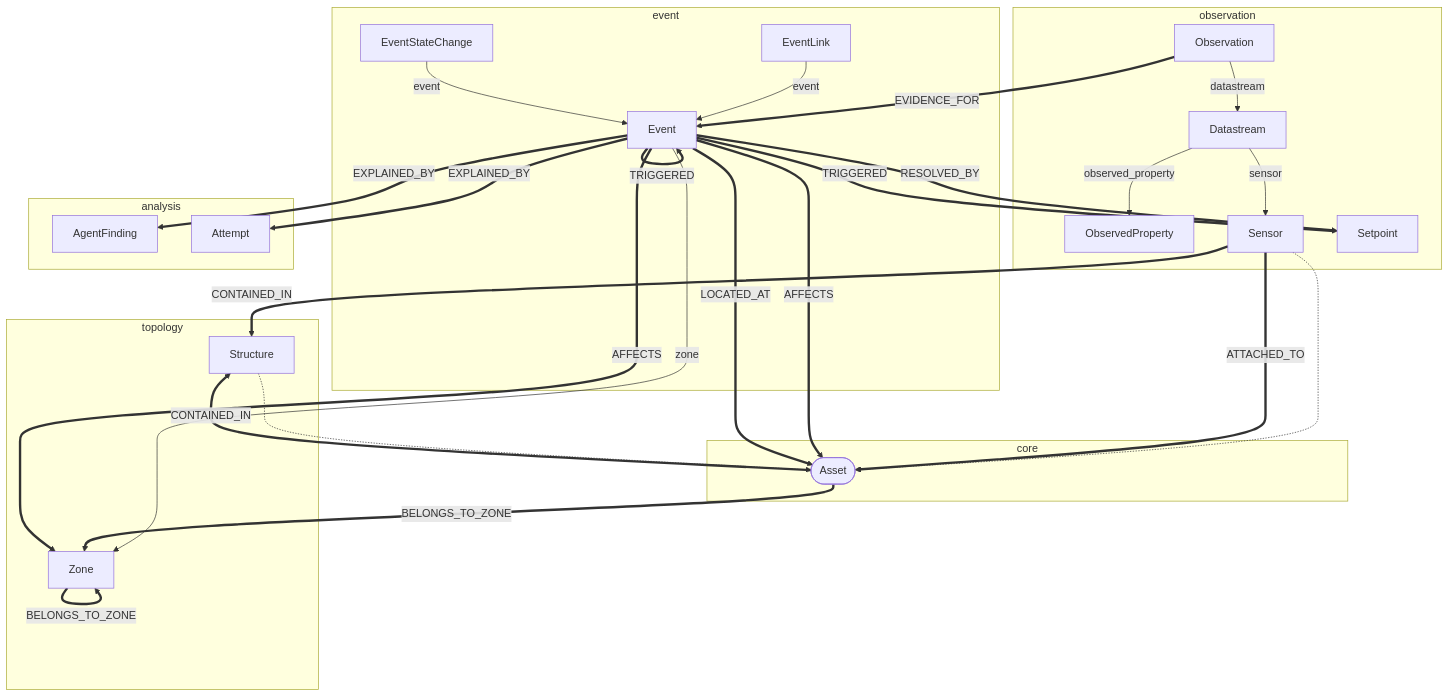
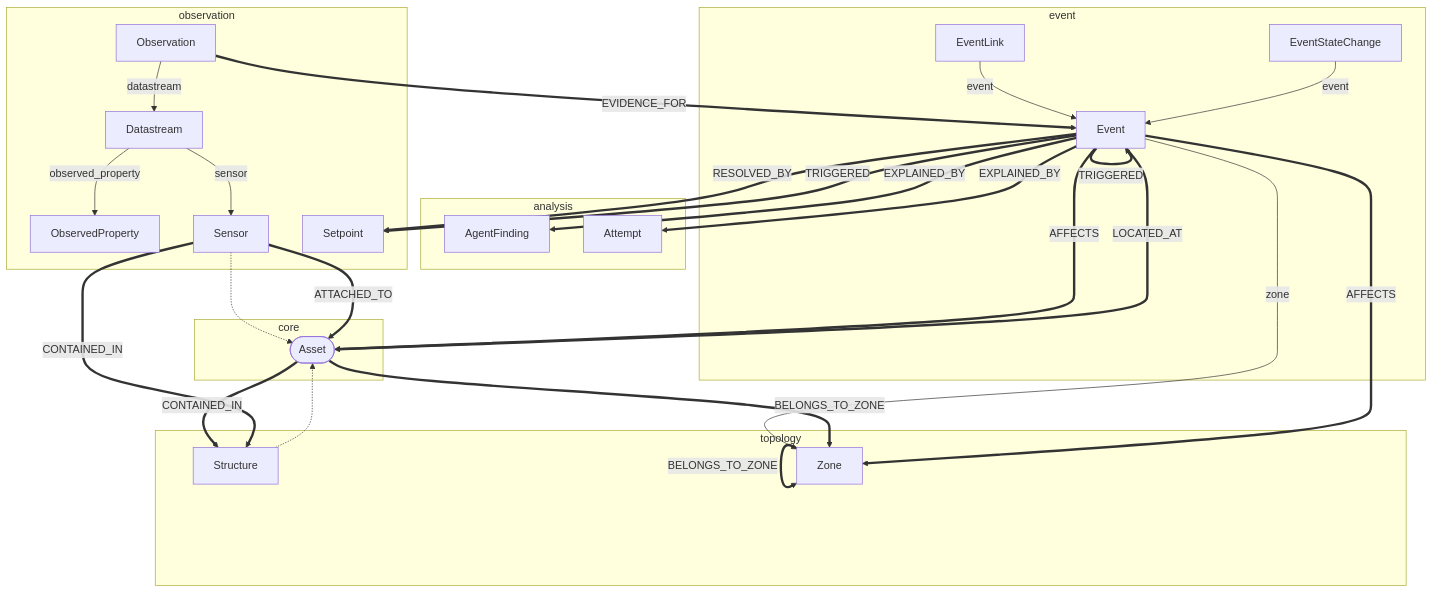
Before and after one commit to HydroCouple/water-ontology: the second of 5 diagrams in docs/diagrams/knowledge-graph.md, drawn with Mermaid. The commit also changed other lines of this file and 16 other files, not shown here.

````diff
--- a/docs/diagrams/knowledge-graph.md
+++ b/docs/diagrams/knowledge-graph.md
@@ -93,51 +93,51 @@
 ```mermaid
 flowchart TB
-  subgraph wsys_topology["topology"]
-    Structure["Structure"]
-    Zone["Zone"]
-  end
   subgraph wsys_observation["observation"]
     Datastream["Datastream"]
     Observation["Observation"]
     ObservedProperty["ObservedProperty"]
     Sensor["Sensor"]
     Setpoint["Setpoint"]
   end
+  subgraph wsys_analysis["analysis"]
+    AgentFinding["AgentFinding"]
+    Attempt["Attempt"]
+  end
   subgraph wsys_event["event"]
     Event["Event"]
     EventLink["EventLink"]
     EventStateChange["EventStateChange"]
   end
-  subgraph wsys_analysis["analysis"]
-    AgentFinding["AgentFinding"]
-    Attempt["Attempt"]
+  subgraph wsys_topology["topology"]
+    Structure["Structure"]
+    Zone["Zone"]
   end
   subgraph wsys_core["core"]
     Asset(["Asset"])
   end
   Sensor -.-> Asset
   Structure -.-> Asset
   Datastream -- sensor --> Sensor
   Datastream -- observed_property --> ObservedProperty
   Event -- zone --> Zone
   EventLink -- event --> Event
   EventStateChange -- event --> Event
   Observation -- datastream --> Datastream
   Asset == CONTAINED_IN ==> Structure
   Sensor == CONTAINED_IN ==> Structure
   Sensor == ATTACHED_TO ==> Asset
   Asset == BELONGS_TO_ZONE ==> Zone
   Zone == BELONGS_TO_ZONE ==> Zone
   Event == AFFECTS ==> Asset
   Event == AFFECTS ==> Zone
   Event == LOCATED_AT ==> Asset
   Observation == EVIDENCE_FOR ==> Event
   Event == EVIDENCE_FOR ==> Event
   Event == CAUSED_BY ==> Event
   Event == PART_OF ==> Event
   Event == RESOLVED_BY ==> Setpoint
   Event == TRIGGERED ==> Setpoint
   Event == TRIGGERED ==> Event
   Event == EXPLAINED_BY ==> Attempt
   Event == EXPLAINED_BY ==> AgentFinding
 ```
````
